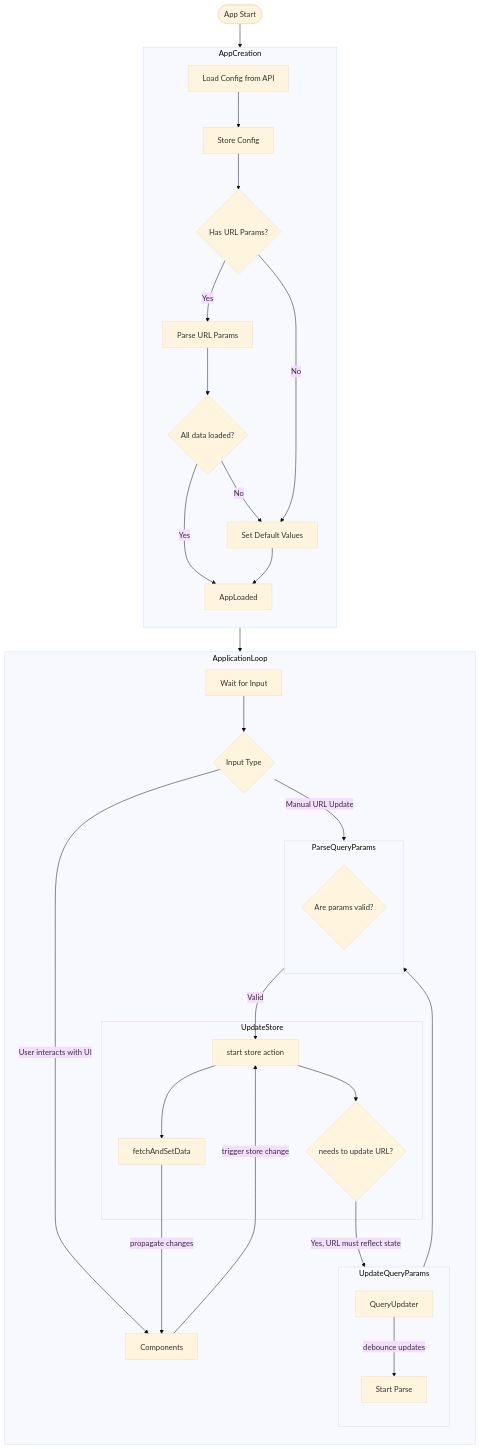
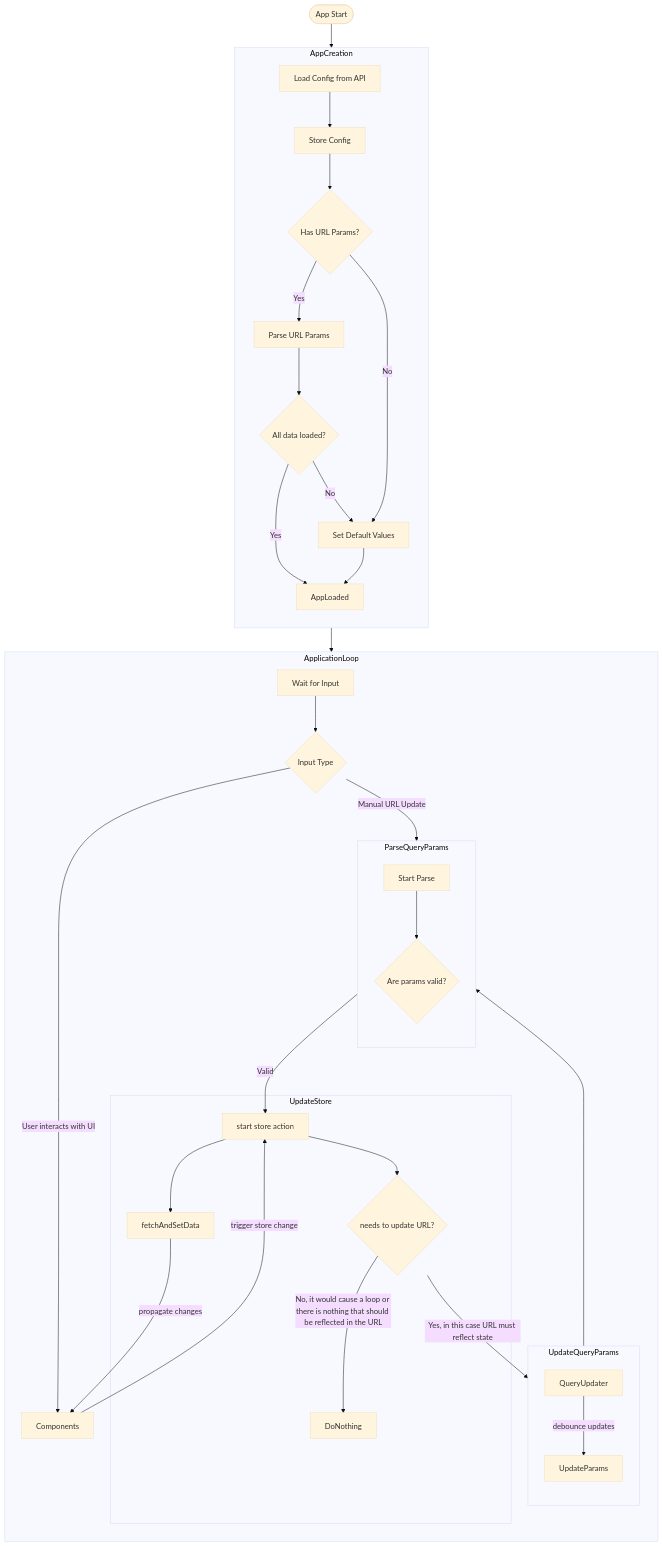
Before and after one commit to aboutroots/vue-router-example: the diagram in README.md, drawn with Mermaid. The commit also changed 1 other file, not shown here.

Commit message:
update chart + docs

````diff
--- a/README.md
+++ b/README.md
@@ -29,55 +29,58 @@
 ```mermaid
 ---
 config:
   theme: base
   look: classic
   layout: dagre
 ---
 flowchart TD
     Start([App Start]) --> AppCreation[App Creation]
     AppCreation --> ApplicationLoop[Idle State]
 
      subgraph AppCreation
         direction TB
         LoadConfig[Load Config from API] --> StoreConfig[Store Config]
         StoreConfig --> CheckParams{Has URL Params?}
         CheckParams -->|Yes| ParseQueryParams1[Parse URL Params]
         CheckParams -->|No| SetDefaults[Set Default Values]
         ParseQueryParams1 --> CheckAllLoaded{All data loaded?}
         CheckAllLoaded -->|Yes| AppLoaded
         CheckAllLoaded --> |No| SetDefaults
         SetDefaults --> AppLoaded
 
     end
     subgraph ApplicationLoop
         direction TB
         Wait[Wait for Input] --> CheckInput{Input Type}
         CheckInput -->|User interacts with UI| Components
         CheckInput -->|Manual URL Update| ParseQueryParams[Parse URL Params]
         Components --> |trigger store change| startAction[start store action]
 
         subgraph UpdateQueryParams
             direction TB
-            QueryUpdater -->|debounce updates| StartParse
+            QueryUpdater -->|debounce updates| UpdateParams
 
         end
 
         subgraph UpdateStore
             startAction --> UpdateURL{needs to update URL? }
-            UpdateURL --> |Yes, URL must reflect state| QueryUpdater
+            UpdateURL --> |Yes, in this case URL must reflect state| QueryUpdater
+            UpdateURL --> |No, it would cause a loop or there is nothing that should be reflected in the URL| DoNothing
             startAction --> fetchAndSetData
 
         end
 
         fetchAndSetData --> |propagate changes| Components
 
 
      subgraph ParseQueryParams
             direction TB
             StartParse[Start Parse] --> Validate{Are params valid?}
             Validate -->|Valid| startAction
 
         end
+    UpdateParams --> StartParse
+
     end
 
 ```
````
